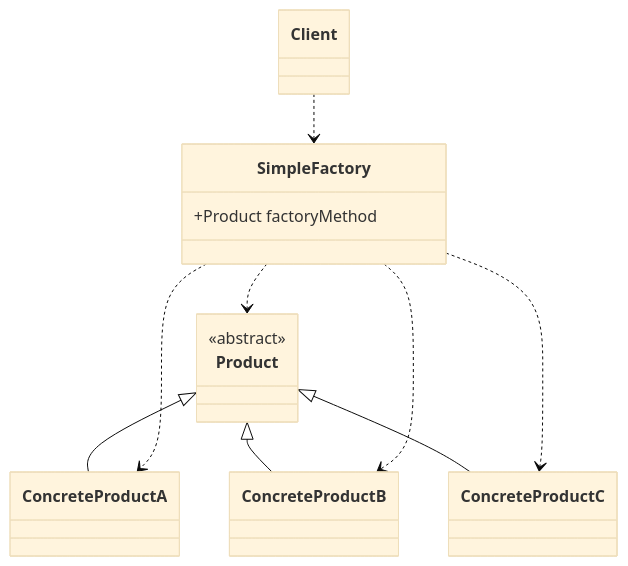
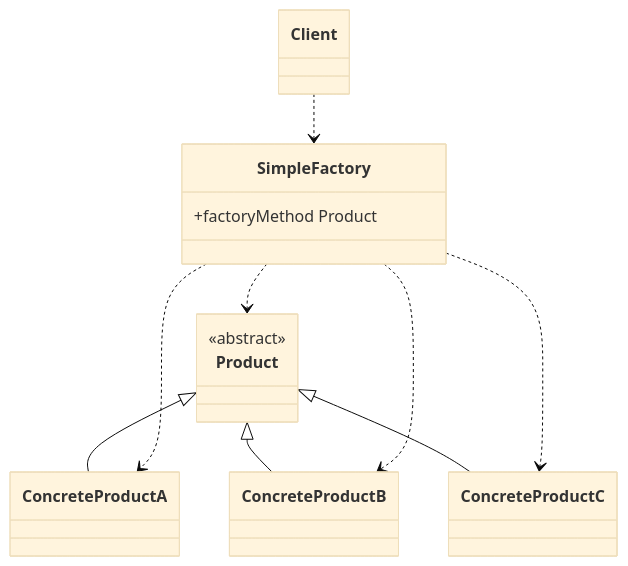
One commit to lingwh1995/books changed diagram 15 of 16 in general/designpattern/designpattern-java/designpattern-java.md. Above: the diagram before and after it, drawn with Mermaid (base theme). The commit also changed other lines of this file, not shown here.

````diff
--- a/general/designpattern/designpattern-java/designpattern-java.md
+++ b/general/designpattern/designpattern-java/designpattern-java.md
@@ -741,21 +741,21 @@
 ```mermaid
 classDiagram
     Client ..> SimpleFactory
     Product <|-- ConcreteProductA
     Product <|-- ConcreteProductB
     Product <|-- ConcreteProductC
     SimpleFactory ..> Product
     SimpleFactory ..> ConcreteProductA
     SimpleFactory ..> ConcreteProductB
     SimpleFactory ..> ConcreteProductC
     class ConcreteProductA{
     }
     class ConcreteProductB{
     }
     class ConcreteProductC{
     }
     class SimpleFactory {
-        +Product factoryMethod
+        +factoryMethod Product
     }
     <<abstract>> Product
 ```
````
